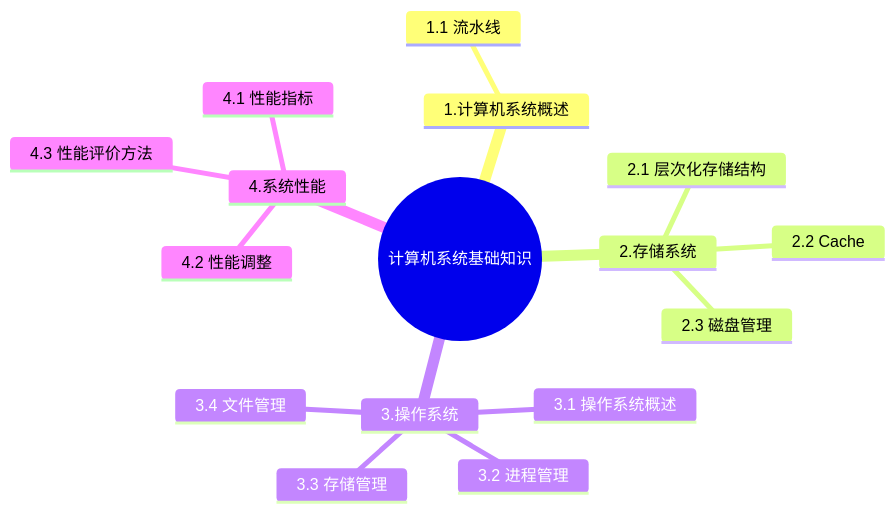
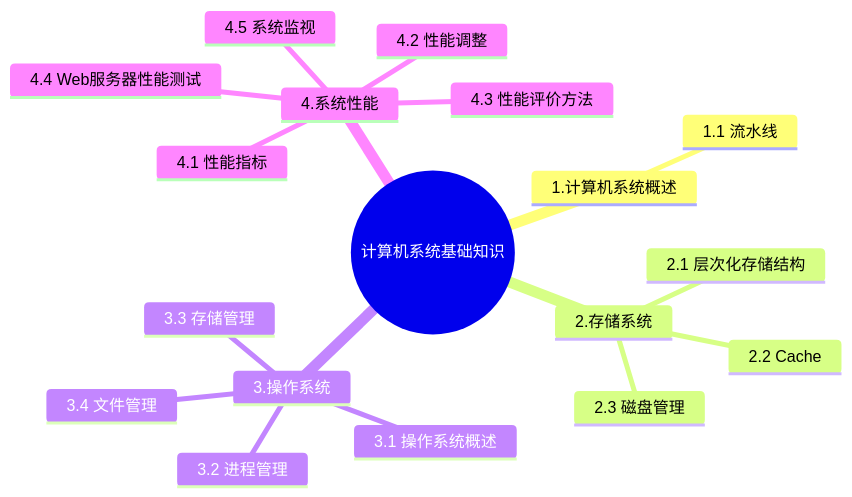
One commit to AaronYang0628/docs changed the diagram in content/RuanKao/notes/Computer_Basic.md. Above: the diagram before and after it, drawn with Mermaid. The commit also changed other lines of this file and 9 other files, not shown here.

````diff
--- a/content/RuanKao/notes/Computer_Basic.md
+++ b/content/RuanKao/notes/Computer_Basic.md
@@ -7,19 +7,21 @@
 ```mermaid
 mindmap
   root((计算机系统基础知识))
     1.计算机系统概述
         1.1 流水线
     2.存储系统
         2.1 层次化存储结构
         2.2 Cache
         2.3 磁盘管理
     3.操作系统
         3.1 操作系统概述
         3.2 进程管理
         3.3 存储管理
         3.4 文件管理
     4.系统性能
         4.1 性能指标
         4.2 性能调整
         4.3 性能评价方法
+        4.4 Web服务器性能测试
+        4.5 系统监视
 ```
````
